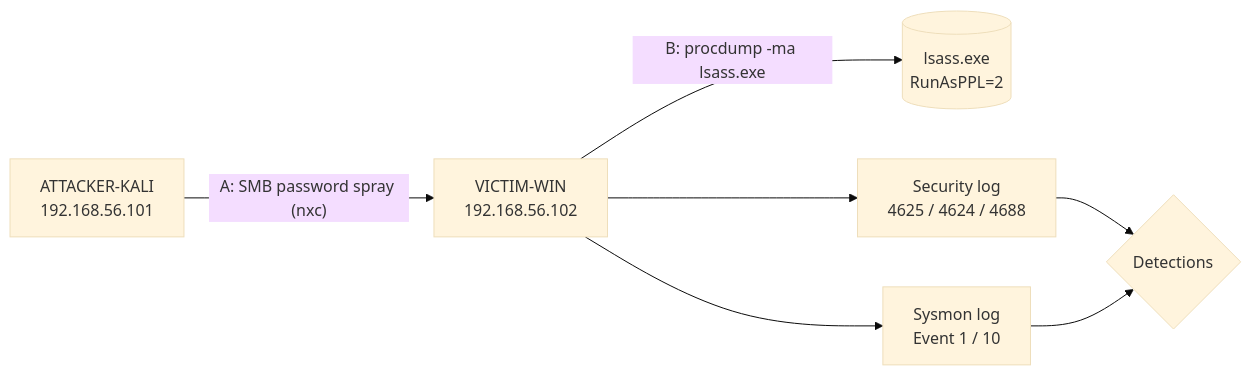
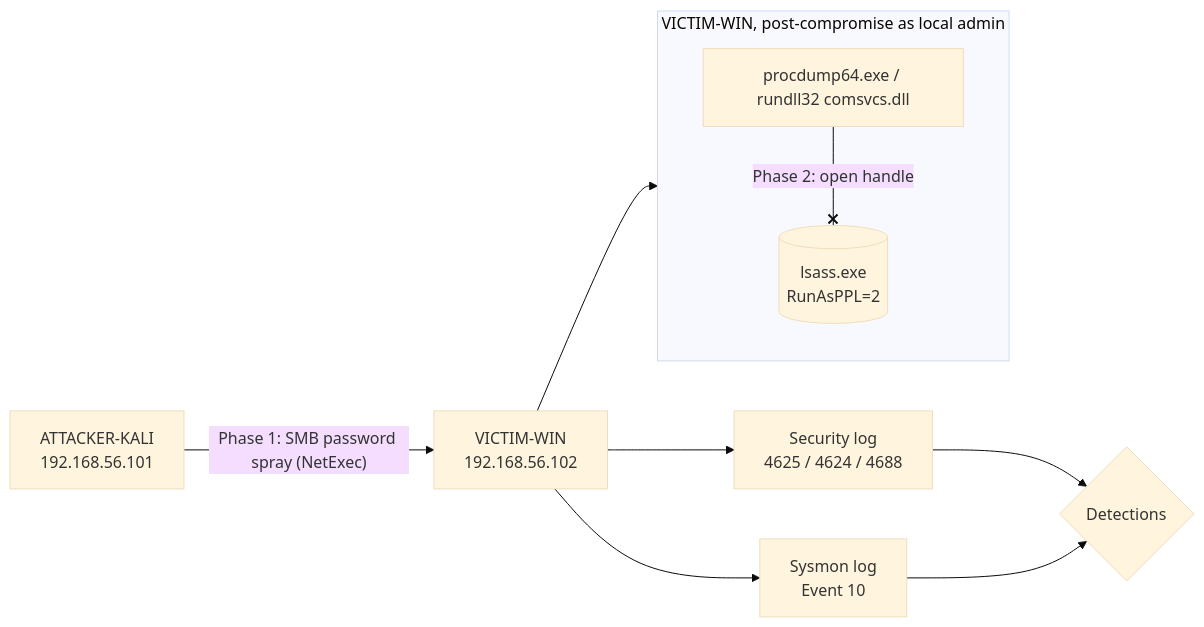
The diagram in README.md (alexanderacevedo0831-lgtm/soc-lab-1-credential-access-detection), drawn with Mermaid (base theme) before and after one commit. The commit also changed other lines of this file and 7 other files, not shown here.

````diff
--- a/README.md
+++ b/README.md
@@ -15,9 +24,12 @@
 ```mermaid
 flowchart LR
-    K[ATTACKER-KALI<br/>192.168.56.101] -- "A: SMB password spray (nxc)" --> W[VICTIM-WIN<br/>192.168.56.102]
-    W -- "B: procdump -ma lsass.exe" --> L[(lsass.exe<br/>RunAsPPL=2)]
+    K[ATTACKER-KALI<br/>192.168.56.101] -- "Phase 1: SMB password spray (NetExec)" --> W[VICTIM-WIN<br/>192.168.56.102]
+    subgraph W2[VICTIM-WIN, post-compromise as local admin]
+        P[procdump64.exe / rundll32 comsvcs.dll] -- "Phase 2: open handle" --x L[(lsass.exe<br/>RunAsPPL=2)]
+    end
+    W --> W2
     W --> S[Security log<br/>4625 / 4624 / 4688]
-    W --> Y[Sysmon log<br/>Event 1 / 10]
+    W --> Y[Sysmon log<br/>Event 10]
     S --> D{Detections}
     Y --> D
 ```
````
